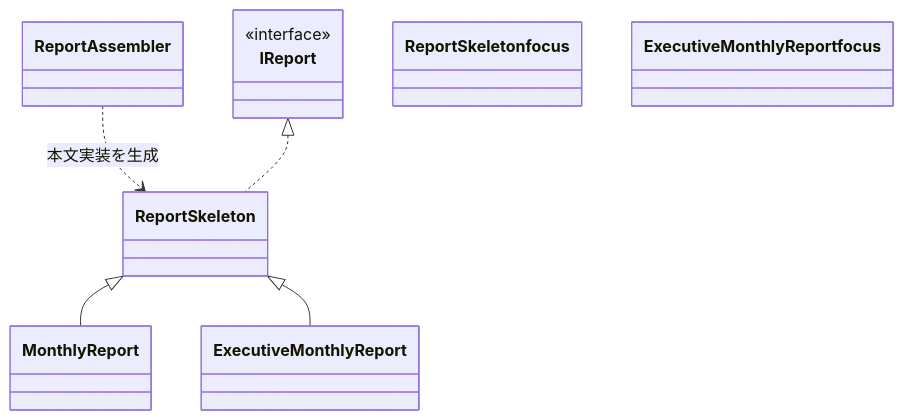
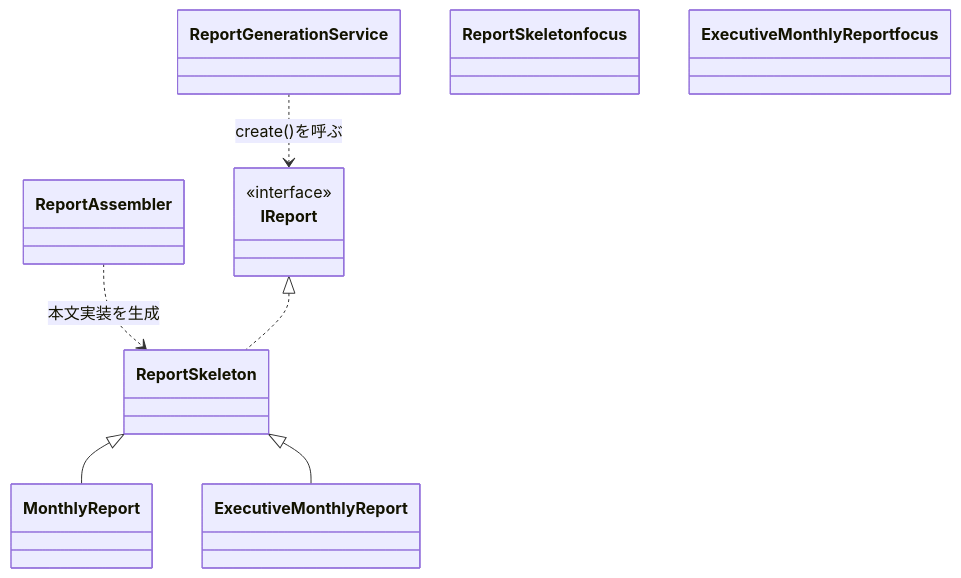
Before and after one commit to kumachan1101-pixel/DesignPattern: the sixth of 18 diagrams in kindle/design-patterns/output/chapter11.md, drawn with Mermaid. The commit also changed other lines of this file and 3 other files, not shown here.

````diff
--- a/kindle/design-patterns/output/chapter11.md
+++ b/kindle/design-patterns/output/chapter11.md
@@ -1333,15 +1296,17 @@
 ```mermaid
 classDiagram
     class ReportAssembler
     class IReport { <<interface>> }
     class ReportSkeleton
     class MonthlyReport
     class ExecutiveMonthlyReport
+    class ReportGenerationService
+    ReportGenerationService ..> IReport : create()を呼ぶ
     ReportAssembler ..> ReportSkeleton : 本文実装を生成
     IReport <|.. ReportSkeleton
     ReportSkeleton <|-- MonthlyReport
     ReportSkeleton <|-- ExecutiveMonthlyReport
     class ReportSkeleton focus
     class ExecutiveMonthlyReport focus
     classDef focus fill:#FFF2CC,stroke:#D6B656,stroke-width:2px
 ```
````
